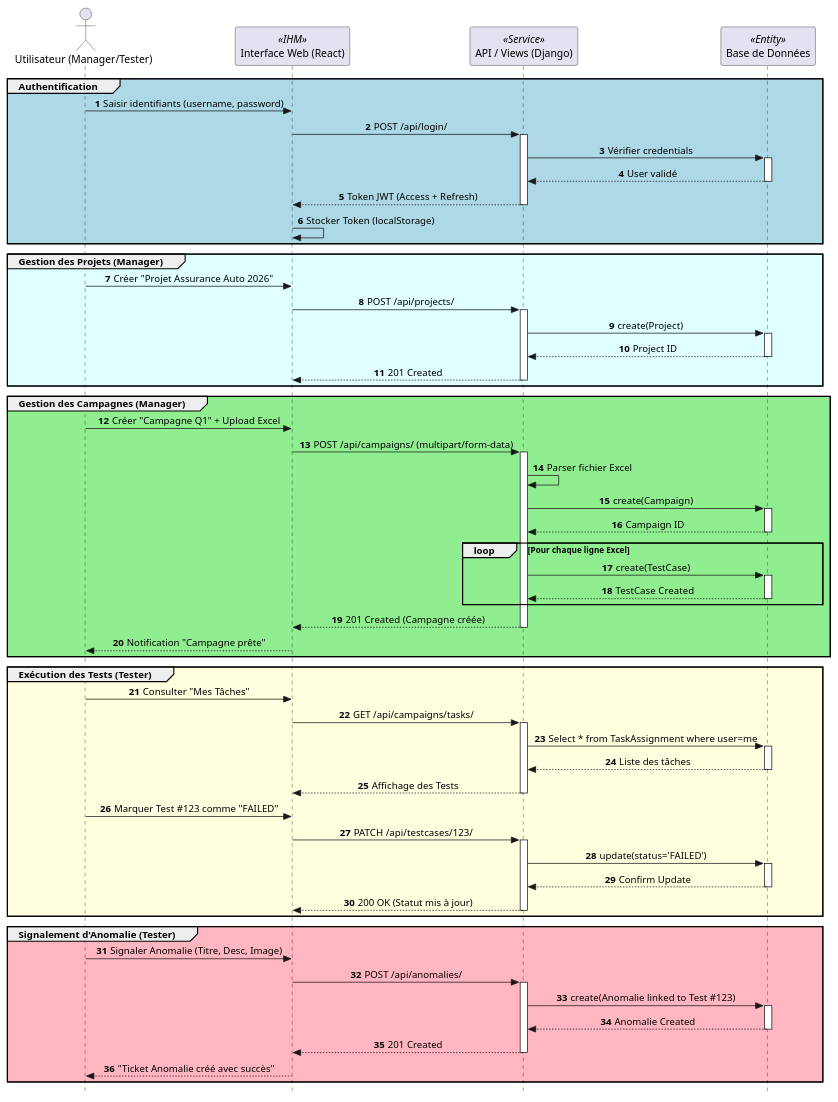
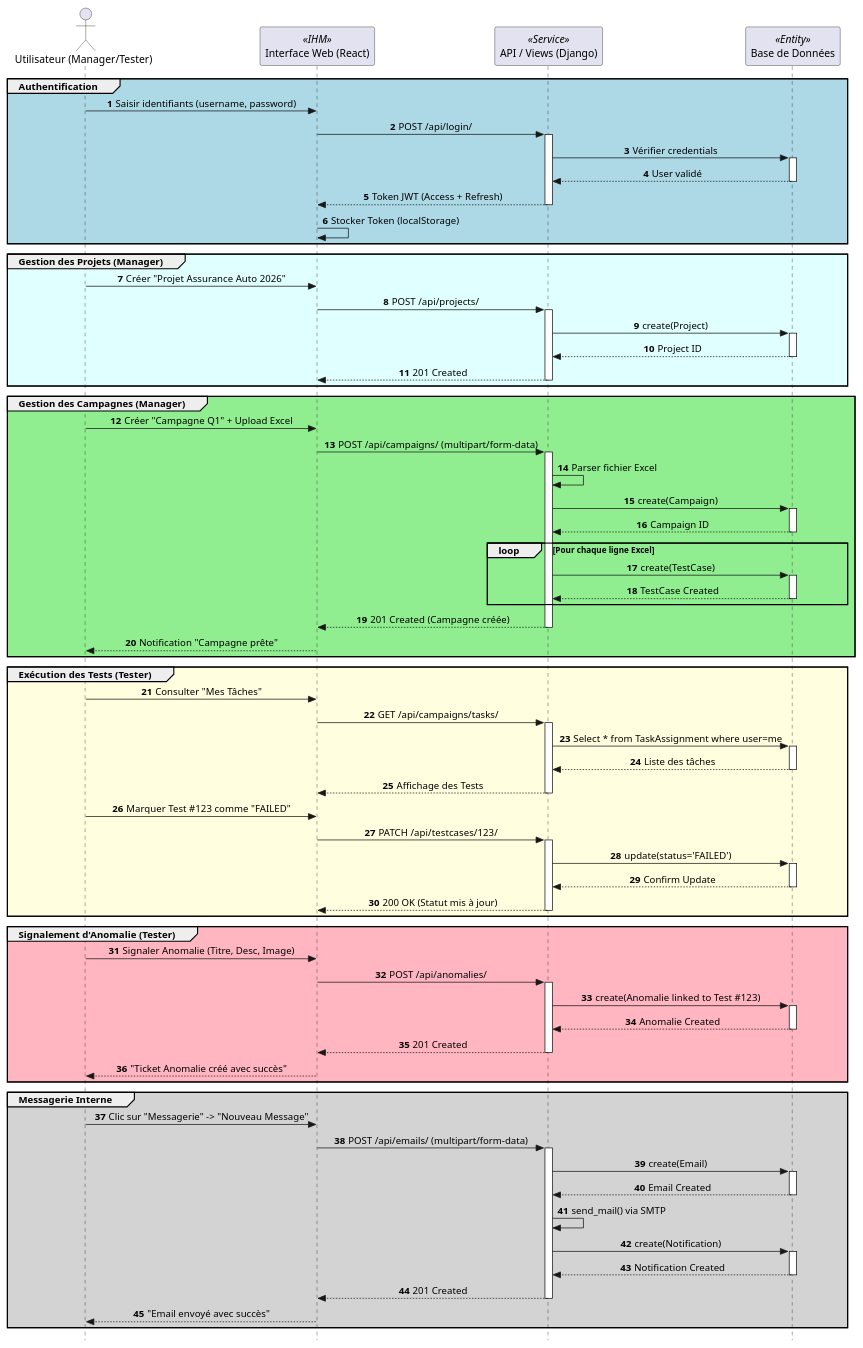
Before and after one commit to onsben19/Test-Management-Plateforme-LLoyd: the diagram in InsureTM/diagrammes /global_sequence_diagram.puml, drawn with PlantUML. The commit also changed 33 other files, not shown here.

```diff
--- a/InsureTM/diagrammes /global_sequence_diagram.puml
+++ b/InsureTM/diagrammes /global_sequence_diagram.puml
@@ -1,91 +1,109 @@
 @startuml
 autonumber
 skinparam style strictuml
 skinparam sequenceMessageAlign center
 
 actor "Utilisateur (Manager/Tester)" as User
 participant "Interface Web (React)" as UI <<IHM>>
 participant "API / Views (Django)" as API <<Service>>
 participant "Base de Données" as DB <<Entity>>
 
 group #LightBlue Authentification
     User -> UI: Saisir identifiants (username, password)
     UI -> API: POST /api/login/
     activate API
     API -> DB: Vérifier credentials
     activate DB
     DB --> API: User validé
     deactivate DB
     API --> UI: Token JWT (Access + Refresh)
     deactivate API
     UI -> UI: Stocker Token (localStorage)
 end
 
 group #LightCyan Gestion des Projets (Manager)
     User -> UI: Créer "Projet Assurance Auto 2026"
     UI -> API: POST /api/projects/
     activate API
     API -> DB: create(Project)
     activate DB
     DB --> API: Project ID
     deactivate DB
     API --> UI: 201 Created
     deactivate API
 end
 
 group #LightGreen Gestion des Campagnes (Manager)
     User -> UI: Créer "Campagne Q1" + Upload Excel
     UI -> API: POST /api/campaigns/ (multipart/form-data)
     activate API
     API -> API: Parser fichier Excel
     API -> DB: create(Campaign)
     activate DB
     DB --> API: Campaign ID
     deactivate DB
     loop Pour chaque ligne Excel
         API -> DB: create(TestCase)
         activate DB
         DB --> API: TestCase Created
         deactivate DB
     end
     API --> UI: 201 Created (Campagne créée)
     deactivate API
     UI --> User: Notification "Campagne prête"
 end
 
 group #LightYellow Exécution des Tests (Tester)
     User -> UI: Consulter "Mes Tâches"
     UI -> API: GET /api/campaigns/tasks/
     activate API
     API -> DB: Select * from TaskAssignment where user=me
     activate DB
     DB --> API: Liste des tâches
     deactivate DB
     API --> UI: Affichage des Tests
     deactivate API
     
     User -> UI: Marquer Test #123 comme "FAILED"
     UI -> API: PATCH /api/testcases/123/
     activate API
     API -> DB: update(status='FAILED')
     activate DB
     DB --> API: Confirm Update
     deactivate DB
     API --> UI: 200 OK (Statut mis à jour)
     deactivate API
 end
 
 group #LightPink Signalement d'Anomalie (Tester)
     User -> UI: Signaler Anomalie (Titre, Desc, Image)
     UI -> API: POST /api/anomalies/
     activate API
     API -> DB: create(Anomalie linked to Test #123)
     activate DB
     DB --> API: Anomalie Created
     deactivate DB
     API --> UI: 201 Created
     deactivate API
     UI --> User: "Ticket Anomalie créé avec succès"
 end
 
+group #LightGray Messagerie Interne
+    User -> UI: Clic sur "Messagerie" -> "Nouveau Message"
+    UI -> API: POST /api/emails/ (multipart/form-data)
+    activate API
+    API -> DB: create(Email)
+    activate DB
+    DB --> API: Email Created
+    deactivate DB
+    API -> API: send_mail() via SMTP
+    API -> DB: create(Notification)
+    activate DB
+    DB --> API: Notification Created
+    deactivate DB
+    API --> UI: 201 Created
+    deactivate API
+    UI --> User: "Email envoyé avec succès"
+end
+
 @enduml
```
